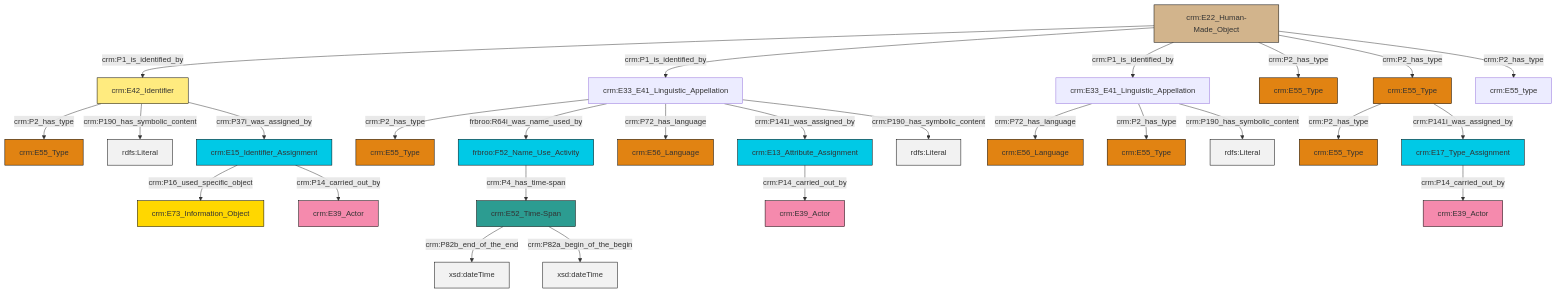
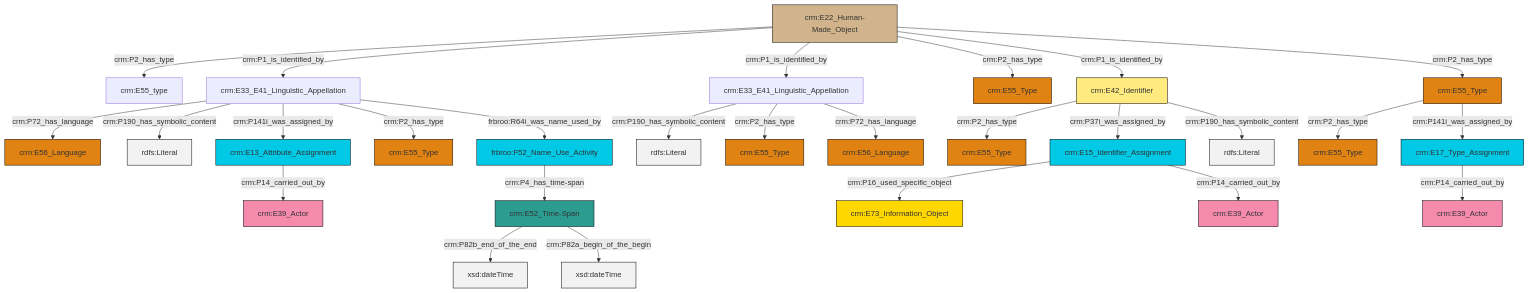
One commit to swiss-art-research-net/docs.swissartresearch changed the diagram in et/builtWorkCSV/ttl/mmd/Built_Work_Names.ttl.mmd. Above: the diagram before and after it, drawn with Mermaid. The commit also changed 176 other files, not shown here.

```diff
--- a/et/builtWorkCSV/ttl/mmd/Built_Work_Names.ttl.mmd
+++ b/et/builtWorkCSV/ttl/mmd/Built_Work_Names.ttl.mmd
@@ -1,41 +1,41 @@
 graph TD
 classDef Literal fill:#f2f2f2,stroke:#000000;
 classDef CRM_Entity fill:#FFFFFF,stroke:#000000;
 classDef Temporal_Entity fill:#00C9E6, stroke:#000000;
 classDef Type fill:#E18312, stroke:#000000;
 classDef Time-Span fill:#2C9C91, stroke:#000000;
 classDef Appellation fill:#FFEB7F, stroke:#000000;
 classDef Place fill:#008836, stroke:#000000;
 classDef Persistent_Item fill:#B266B2, stroke:#000000;
 classDef Conceptual_Object fill:#FFD700, stroke:#000000;
 classDef Physical_Thing fill:#D2B48C, stroke:#000000;
 classDef Actor fill:#f58aad, stroke:#000000;
 classDef PC_Classes fill:#4ce600, stroke:#000000;
 classDef Multi fill:#cccccc,stroke:#000000;
 
 0["crm:E33_E41_Linguistic_Appellation"]:::Default -->|crm:P72_has_language| 1["crm:E56_Language"]:::Type
-4["crm:E33_E41_Linguistic_Appellation"]:::Default -->|crm:P2_has_type| 6["crm:E55_Type"]:::Type
-7["crm:E55_Type"]:::Type -->|crm:P2_has_type| 8["crm:E55_Type"]:::Type
-4["crm:E33_E41_Linguistic_Appellation"]:::Default -->|frbroo:R64i_was_name_used_by| 9["frbroo:F52_Name_Use_Activity"]:::Temporal_Entity
-15["crm:E15_Identifier_Assignment"]:::Temporal_Entity -->|crm:P16_used_specific_object| 16["crm:E73_Information_Object"]:::Conceptual_Object
-0["crm:E33_E41_Linguistic_Appellation"]:::Default -->|crm:P2_has_type| 24["crm:E55_Type"]:::Type
-13["crm:E13_Attribute_Assignment"]:::Temporal_Entity -->|crm:P14_carried_out_by| 25["crm:E39_Actor"]:::Actor
-9["frbroo:F52_Name_Use_Activity"]:::Temporal_Entity -->|crm:P4_has_time-span| 19["crm:E52_Time-Span"]:::Time-Span
-11["crm:E42_Identifier"]:::Appellation -->|crm:P2_has_type| 26["crm:E55_Type"]:::Type
-4["crm:E33_E41_Linguistic_Appellation"]:::Default -->|crm:P72_has_language| 27["crm:E56_Language"]:::Type
-11["crm:E42_Identifier"]:::Appellation -->|crm:P190_has_symbolic_content| 29[rdfs:Literal]:::Literal
-30["crm:E17_Type_Assignment"]:::Temporal_Entity -->|crm:P14_carried_out_by| 31["crm:E39_Actor"]:::Actor
-22["crm:E22_Human-Made_Object"]:::Physical_Thing -->|crm:P1_is_identified_by| 11["crm:E42_Identifier"]:::Appellation
-4["crm:E33_E41_Linguistic_Appellation"]:::Default -->|crm:P141i_was_assigned_by| 13["crm:E13_Attribute_Assignment"]:::Temporal_Entity
-22["crm:E22_Human-Made_Object"]:::Physical_Thing -->|crm:P1_is_identified_by| 4["crm:E33_E41_Linguistic_Appellation"]:::Default
-7["crm:E55_Type"]:::Type -->|crm:P141i_was_assigned_by| 30["crm:E17_Type_Assignment"]:::Temporal_Entity
-22["crm:E22_Human-Made_Object"]:::Physical_Thing -->|crm:P1_is_identified_by| 0["crm:E33_E41_Linguistic_Appellation"]:::Default
-19["crm:E52_Time-Span"]:::Time-Span -->|crm:P82b_end_of_the_end| 37[xsd:dateTime]:::Literal
-22["crm:E22_Human-Made_Object"]:::Physical_Thing -->|crm:P2_has_type| 39["crm:E55_Type"]:::Type
-22["crm:E22_Human-Made_Object"]:::Physical_Thing -->|crm:P2_has_type| 7["crm:E55_Type"]:::Type
-22["crm:E22_Human-Made_Object"]:::Physical_Thing -->|crm:P2_has_type| 2["crm:E55_type"]:::Default
-15["crm:E15_Identifier_Assignment"]:::Temporal_Entity -->|crm:P14_carried_out_by| 17["crm:E39_Actor"]:::Actor
-0["crm:E33_E41_Linguistic_Appellation"]:::Default -->|crm:P190_has_symbolic_content| 44[rdfs:Literal]:::Literal
-11["crm:E42_Identifier"]:::Appellation -->|crm:P37i_was_assigned_by| 15["crm:E15_Identifier_Assignment"]:::Temporal_Entity
-19["crm:E52_Time-Span"]:::Time-Span -->|crm:P82a_begin_of_the_begin| 45[xsd:dateTime]:::Literal
-4["crm:E33_E41_Linguistic_Appellation"]:::Default -->|crm:P190_has_symbolic_content| 47[rdfs:Literal]:::Literal
+4["crm:E55_Type"]:::Type -->|crm:P2_has_type| 5["crm:E55_Type"]:::Type
+6["crm:E22_Human-Made_Object"]:::Physical_Thing -->|crm:P2_has_type| 2["crm:E55_type"]:::Default
+0["crm:E33_E41_Linguistic_Appellation"]:::Default -->|crm:P190_has_symbolic_content| 18[rdfs:Literal]:::Literal
+6["crm:E22_Human-Made_Object"]:::Physical_Thing -->|crm:P1_is_identified_by| 0["crm:E33_E41_Linguistic_Appellation"]:::Default
+9["frbroo:F52_Name_Use_Activity"]:::Temporal_Entity -->|crm:P4_has_time-span| 22["crm:E52_Time-Span"]:::Time-Span
+20["crm:E33_E41_Linguistic_Appellation"]:::Default -->|crm:P190_has_symbolic_content| 23[rdfs:Literal]:::Literal
+24["crm:E42_Identifier"]:::Appellation -->|crm:P2_has_type| 25["crm:E55_Type"]:::Type
+6["crm:E22_Human-Made_Object"]:::Physical_Thing -->|crm:P1_is_identified_by| 20["crm:E33_E41_Linguistic_Appellation"]:::Default
+24["crm:E42_Identifier"]:::Appellation -->|crm:P37i_was_assigned_by| 30["crm:E15_Identifier_Assignment"]:::Temporal_Entity
+20["crm:E33_E41_Linguistic_Appellation"]:::Default -->|crm:P2_has_type| 13["crm:E55_Type"]:::Type
+0["crm:E33_E41_Linguistic_Appellation"]:::Default -->|crm:P141i_was_assigned_by| 31["crm:E13_Attribute_Assignment"]:::Temporal_Entity
+30["crm:E15_Identifier_Assignment"]:::Temporal_Entity -->|crm:P16_used_specific_object| 28["crm:E73_Information_Object"]:::Conceptual_Object
+30["crm:E15_Identifier_Assignment"]:::Temporal_Entity -->|crm:P14_carried_out_by| 33["crm:E39_Actor"]:::Actor
+0["crm:E33_E41_Linguistic_Appellation"]:::Default -->|crm:P2_has_type| 15["crm:E55_Type"]:::Type
+24["crm:E42_Identifier"]:::Appellation -->|crm:P190_has_symbolic_content| 37[rdfs:Literal]:::Literal
+22["crm:E52_Time-Span"]:::Time-Span -->|crm:P82b_end_of_the_end| 40[xsd:dateTime]:::Literal
+6["crm:E22_Human-Made_Object"]:::Physical_Thing -->|crm:P2_has_type| 42["crm:E55_Type"]:::Type
+0["crm:E33_E41_Linguistic_Appellation"]:::Default -->|frbroo:R64i_was_name_used_by| 9["frbroo:F52_Name_Use_Activity"]:::Temporal_Entity
+31["crm:E13_Attribute_Assignment"]:::Temporal_Entity -->|crm:P14_carried_out_by| 35["crm:E39_Actor"]:::Actor
+6["crm:E22_Human-Made_Object"]:::Physical_Thing -->|crm:P1_is_identified_by| 24["crm:E42_Identifier"]:::Appellation
+6["crm:E22_Human-Made_Object"]:::Physical_Thing -->|crm:P2_has_type| 4["crm:E55_Type"]:::Type
+4["crm:E55_Type"]:::Type -->|crm:P141i_was_assigned_by| 26["crm:E17_Type_Assignment"]:::Temporal_Entity
+22["crm:E52_Time-Span"]:::Time-Span -->|crm:P82a_begin_of_the_begin| 47[xsd:dateTime]:::Literal
+20["crm:E33_E41_Linguistic_Appellation"]:::Default -->|crm:P72_has_language| 38["crm:E56_Language"]:::Type
+26["crm:E17_Type_Assignment"]:::Temporal_Entity -->|crm:P14_carried_out_by| 7["crm:E39_Actor"]:::Actor
```
